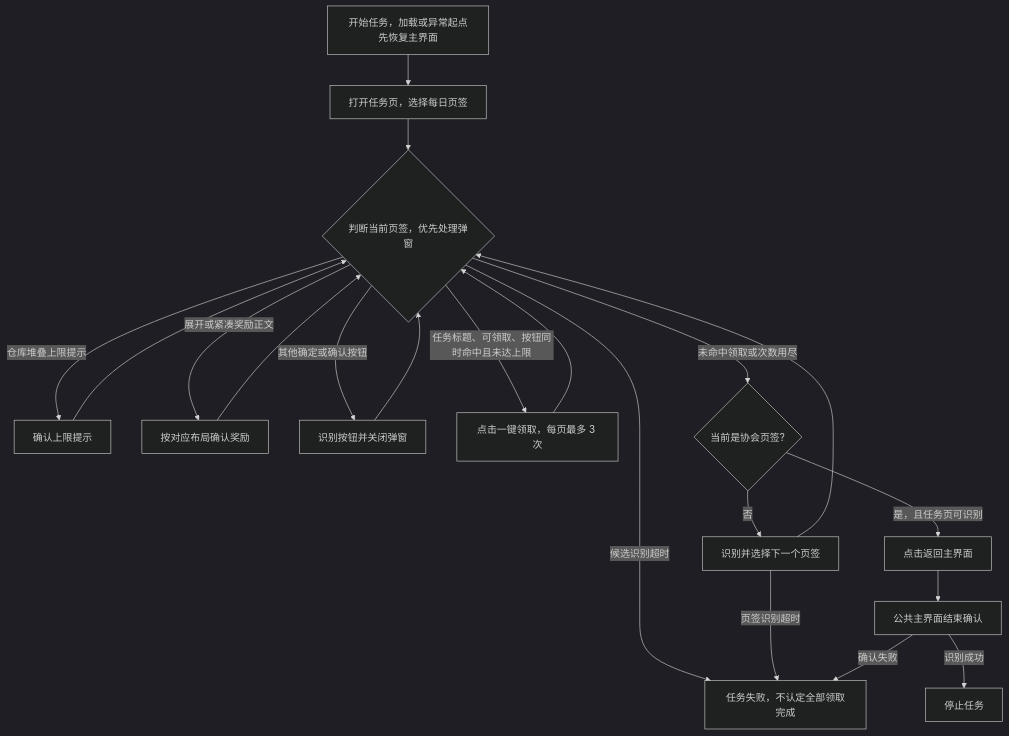
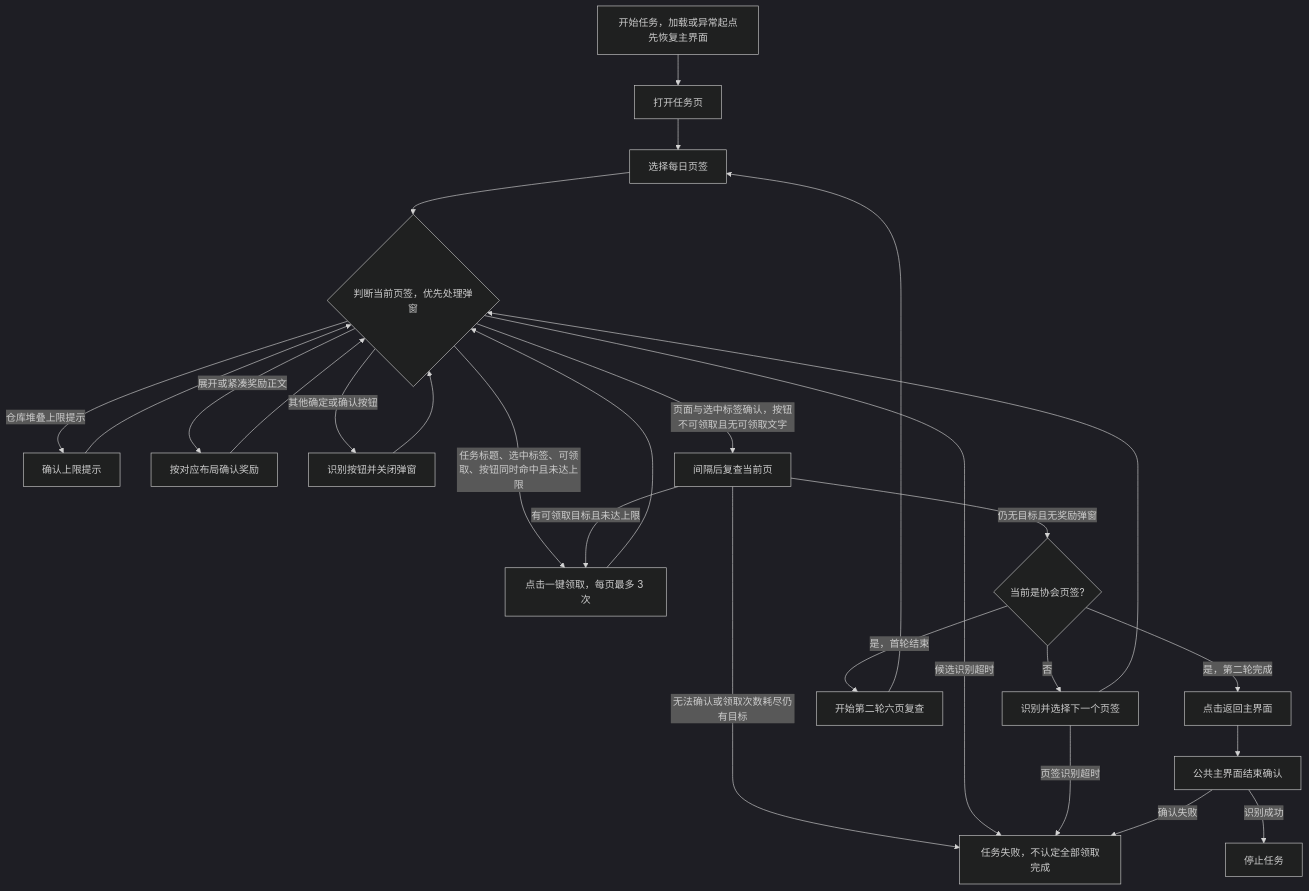
The diagram in docs/zh_cn/tasks/daily_task_rewards.md (cccrx1/TKFMaa), drawn with Mermaid (dark theme) before and after one commit. The commit also changed other lines of this file and 1 other file, not shown here.

````diff
--- a/docs/zh_cn/tasks/daily_task_rewards.md
+++ b/docs/zh_cn/tasks/daily_task_rewards.md
@@ -17,22 +18,28 @@
 ```mermaid
 flowchart TD
-    Start[开始任务，加载或异常起点先恢复主界面] --> Open[打开任务页，选择每日页签]
-    Open --> Check{判断当前页签，优先处理弹窗}
+    Start[开始任务，加载或异常起点先恢复主界面] --> Open[打开任务页]
+    Open --> Daily[选择每日页签]
+    Daily --> Check{判断当前页签，优先处理弹窗}
     Check -->|仓库堆叠上限提示| Full[确认上限提示]
     Check -->|展开或紧凑奖励正文| Reward[按对应布局确认奖励]
     Check -->|其他确定或确认按钮| Fallback[识别按钮并关闭弹窗]
     Full --> Check
     Reward --> Check
     Fallback --> Check
-    Check -->|任务标题、可领取、按钮同时命中且未达上限| Claim[点击一键领取，每页最多 3 次]
+    Check -->|任务标题、选中标签、可领取、按钮同时命中且未达上限| Claim[点击一键领取，每页最多 3 次]
     Claim --> Check
-    Check -->|未命中领取或次数用尽| Last{当前是协会页签?}
+    Check -->|页面与选中标签确认，按钮不可领取且无可领取文字| Verify[间隔后复查当前页]
+    Verify -->|仍无目标且无奖励弹窗| Last{当前是协会页签?}
+    Verify -->|有可领取目标且未达上限| Claim
+    Verify -->|无法确认或领取次数耗尽仍有目标| Fail
     Last -->|否| Next[识别并选择下一个页签]
     Next --> Check
-    Last -->|是，且任务页可识别| Back[点击返回主界面]
+    Last -->|是，首轮结束| Round[开始第二轮六页复查]
+    Round --> Daily
+    Last -->|是，第二轮完成| Back[点击返回主界面]
     Check -->|候选识别超时| Fail[任务失败，不认定全部领取完成]
     Next -->|页签识别超时| Fail
     Back --> Confirm[公共主界面结束确认]
     Confirm -->|识别成功| Done[停止任务]
     Confirm -->|确认失败| Fail
 ```
````
